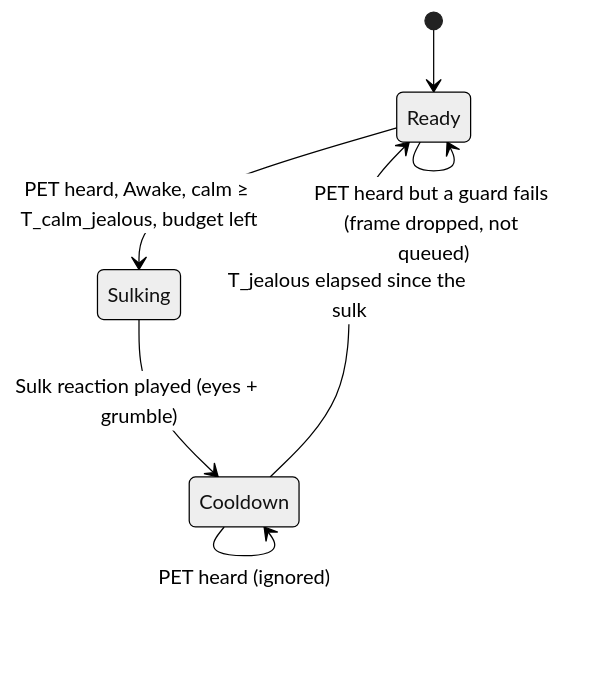
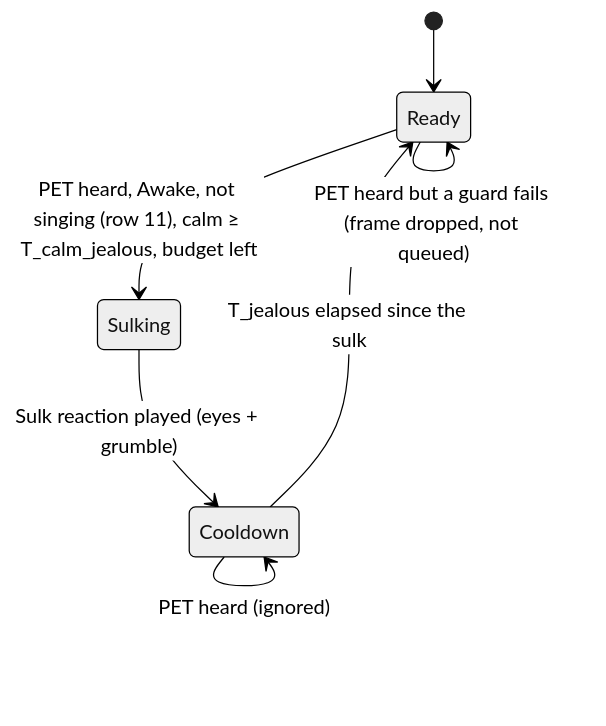
Before and after one commit to benoit-bremaud/cubbies: the diagram in docs/architecture/diagrams/social-group/05e-state-jealousy.md, drawn with Mermaid (neutral theme). The commit also changed other lines of this file and 6 other files, not shown here.

Commit message:
docs(social): row 11 in the 05e and 02e diagrams; Choir::kSingMs cleanup

````diff
--- a/docs/architecture/diagrams/social-group/05e-state-jealousy.md
+++ b/docs/architecture/diagrams/social-group/05e-state-jealousy.md
@@ -44,9 +44,9 @@
 ```mermaid
 stateDiagram-v2
   [*] --> Ready
-  Ready --> Sulking: PET heard, Awake, calm ≥ T_calm_jealous, budget left
+  Ready --> Sulking: PET heard, Awake, not singing (row 11), calm ≥ T_calm_jealous, budget left
   Sulking --> Cooldown: Sulk reaction played (eyes + grumble)
   Cooldown --> Ready: T_jealous elapsed since the sulk
   Ready --> Ready: PET heard but a guard fails (frame dropped, not queued)
   Cooldown --> Cooldown: PET heard (ignored)
 ```
````
